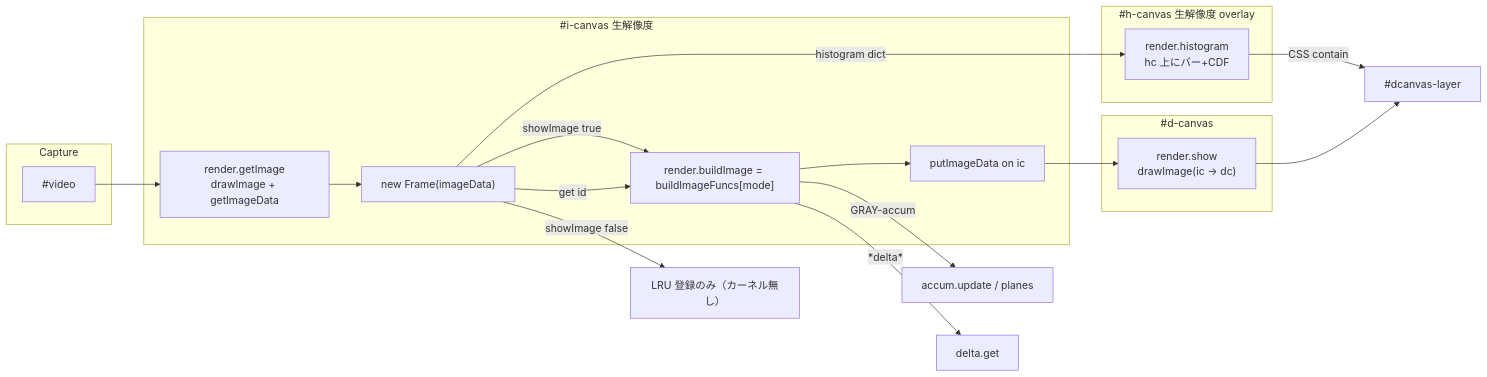
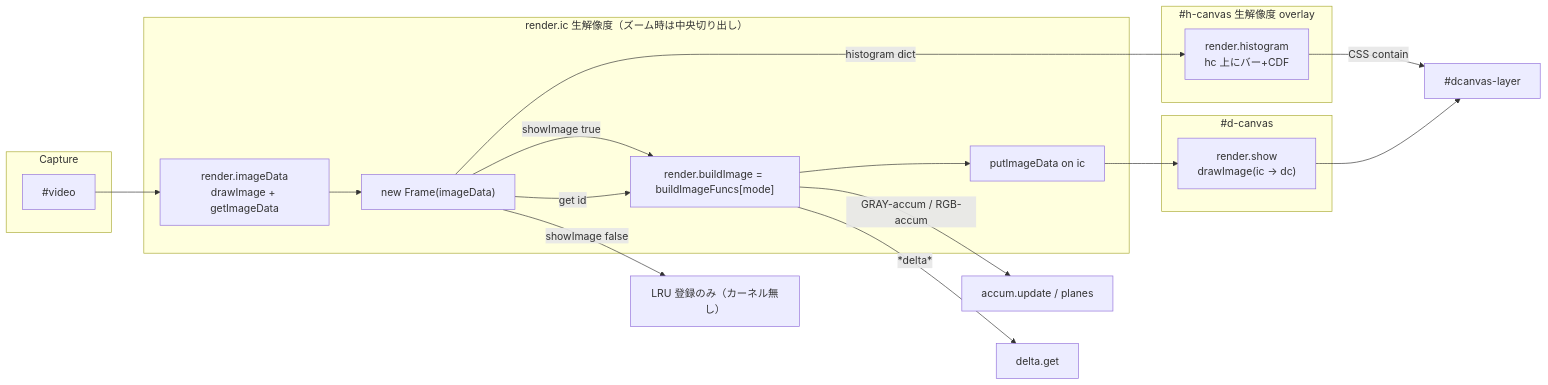
One commit to mfujimoto-code/JSCam changed the second of 4 diagrams in jscam/cam2-design.md. Above: the diagram before and after it, drawn with Mermaid. The commit also changed other lines of this file and 1 other file, not shown here.

First line of the commit message:
docs: record RGB-accum, digital zoom, and kick/pause in the design doc

````diff
--- a/jscam/cam2-design.md
+++ b/jscam/cam2-design.md
@@ -236,32 +235,32 @@
 ```mermaid
 flowchart LR
   subgraph Capture
     V["#video"]
   end
 
-  subgraph Internal["#i-canvas 生解像度"]
-    GI["render.getImage<br/>drawImage + getImageData"]
+  subgraph Internal["render.ic 生解像度（ズーム時は中央切り出し）"]
+    GI["render.imageData<br/>drawImage + getImageData"]
     FR["new Frame(imageData)"]
     BI["render.buildImage = buildImageFuncs[mode]"]
     PI["putImageData on ic"]
   end
 
   subgraph Overlay["#h-canvas 生解像度 overlay"]
     HG["render.histogram<br/>hc 上にバー+CDF"]
   end
 
   subgraph Display["#d-canvas"]
     SH["render.show<br/>drawImage(ic → dc)"]
   end
 
   V --> GI --> FR
   FR -->|showImage true| BI
   BI --> PI --> SH
   FR -->|get id| BI
   FR -->|histogram dict| HG
-  BI -->|GRAY-accum| AccumObj["accum.update / planes"]
+  BI -->|GRAY-accum / RGB-accum| AccumObj["accum.update / planes"]
   BI -->|*delta*| DeltaObj["delta.get"]
   FR -->|showImage false| LRU["LRU 登録のみ（カーネル無し）"]
   HG -->|CSS contain| Layer["#dcanvas-layer"]
   SH --> Layer
 ```
````
